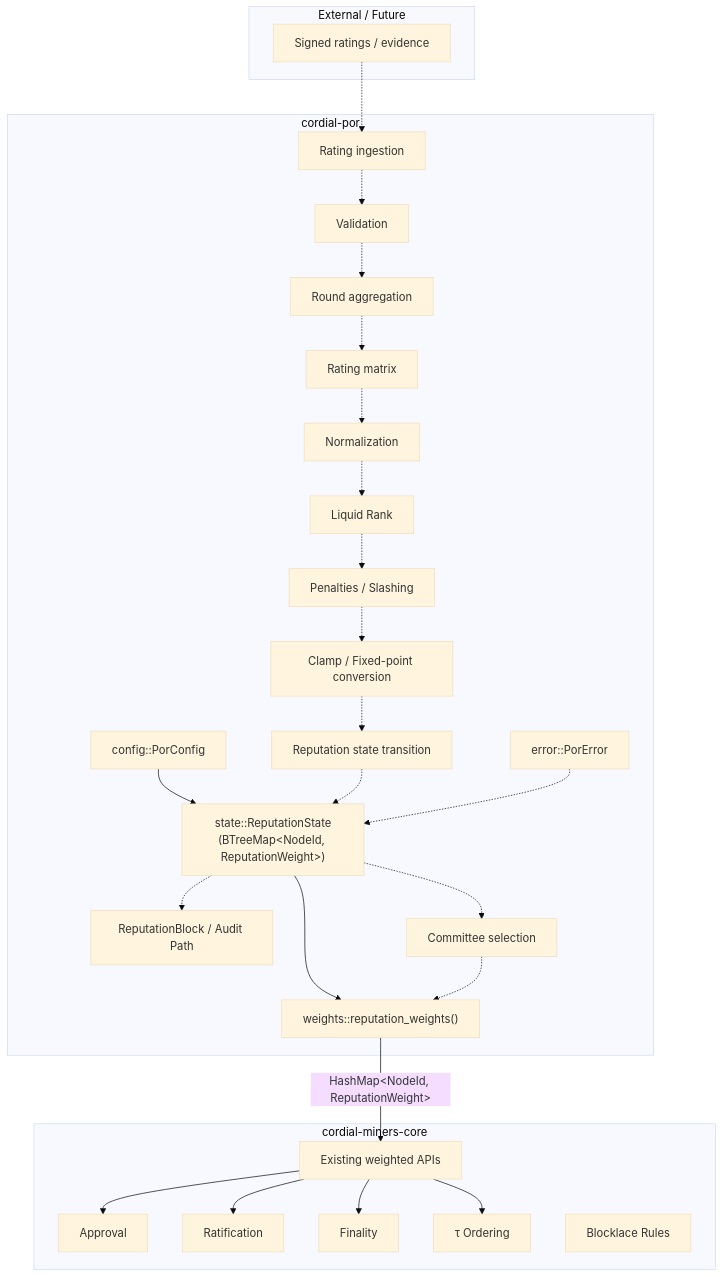
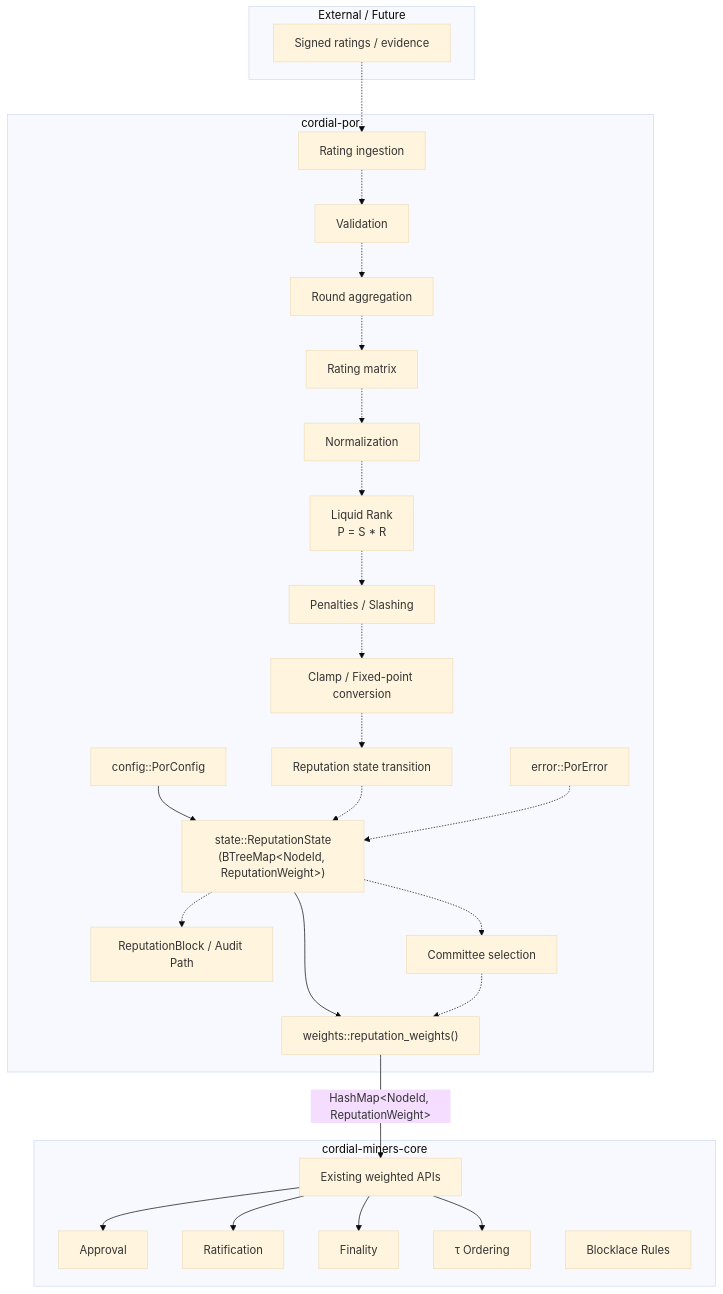
The second of 2 diagrams in crates/cordial-por/docs/00-architecture.md (TesfamichaelA-code/cordial-f1r3node), drawn with Mermaid (base theme) before and after one commit. The commit also changed other lines of this file and 2 other files, not shown here.

Commit message:
docs(cordial-por): document liquid rank contribution stage

````diff
--- a/crates/cordial-por/docs/00-architecture.md
+++ b/crates/cordial-por/docs/00-architecture.md
@@ -60,76 +60,76 @@
 ```mermaid
 flowchart TD
 
     %% ---------- External ----------
     subgraph External["External / Future"]
         Ratings["Signed ratings / evidence"]
     end
 
     %% ---------- cordial-por ----------
     subgraph PoR["cordial-por"]
 
         Config["config::PorConfig"]
 
         State["state::ReputationState<br/>(BTreeMap&lt;NodeId, ReputationWeight&gt;)"]
 
         Export["weights::reputation_weights()"]
 
         Audit["ReputationBlock / Audit Path"]
 
         Error["error::PorError"]
 
         Ingest["Rating ingestion"]
         Validate["Validation"]
         Aggregate["Round aggregation"]
         Matrix["Rating matrix"]
         Normalize["Normalization"]
-        Liquid["Liquid Rank"]
+        Liquid["Liquid Rank<br/>P = S * R"]
         Penalty["Penalties / Slashing"]
         Clamp["Clamp / Fixed-point conversion"]
         Transition["Reputation state transition"]
         Committee["Committee selection"]
 
     end
 
     %% ---------- cordial-miners-core ----------
     subgraph Core["cordial-miners-core"]
 
         Weighted["Existing weighted APIs"]
 
         Approval["Approval"]
         Ratification["Ratification"]
         Finality["Finality"]
         Tau["τ Ordering"]
         Blocklace["Blocklace Rules"]
 
     end
 
     %% ---------- Current implemented path ----------
     Config --> State
     State --> Export
     Export -->|"HashMap&lt;NodeId, ReputationWeight&gt;"| Weighted
 
     %% ---------- Future PoR pipeline ----------
     Ratings -.-> Ingest
     Ingest -.-> Validate
     Validate -.-> Aggregate
     Aggregate -.-> Matrix
     Matrix -.-> Normalize
     Normalize -.-> Liquid
     Liquid -.-> Penalty
     Penalty -.-> Clamp
     Clamp -.-> Transition
     Transition -.-> State
 
     State -.-> Audit
     State -.-> Committee
     Committee -.-> Export
 
     Error -.-> State
 
     %% ---------- Consumed by Cordial Miners ----------
     Weighted --> Approval
     Weighted --> Ratification
     Weighted --> Finality
     Weighted --> Tau
 ```
````
